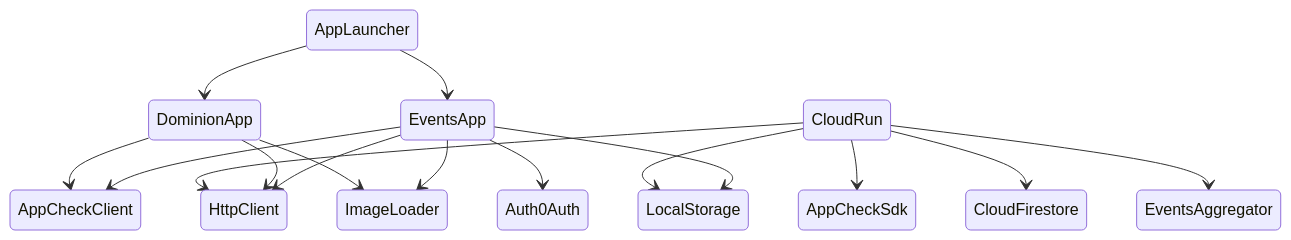
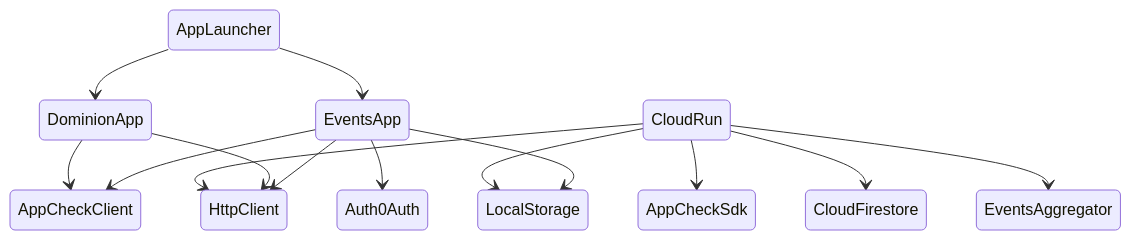
One commit to ashdavies/playground.ashdavies.dev changed the diagram in README.md. Above: the diagram before and after it, drawn with Mermaid. The commit also changed 21 other files, not shown here.

````diff
--- a/README.md
+++ b/README.md
@@ -44,21 +44,19 @@
 ```mermaid
 stateDiagram-v2
     AppLauncher --> DominionApp
     AppLauncher --> EventsApp
 
     CloudRun --> AppCheckSdk
     CloudRun --> CloudFirestore
     CloudRun --> EventsAggregator
     CloudRun --> HttpClient
     CloudRun --> LocalStorage
 
     DominionApp --> AppCheckClient
     DominionApp --> HttpClient
-    DominionApp --> ImageLoader
 
     EventsApp --> AppCheckClient
     EventsApp --> Auth0Auth
     EventsApp --> HttpClient
-    EventsApp --> ImageLoader
     EventsApp --> LocalStorage
 ```
````
